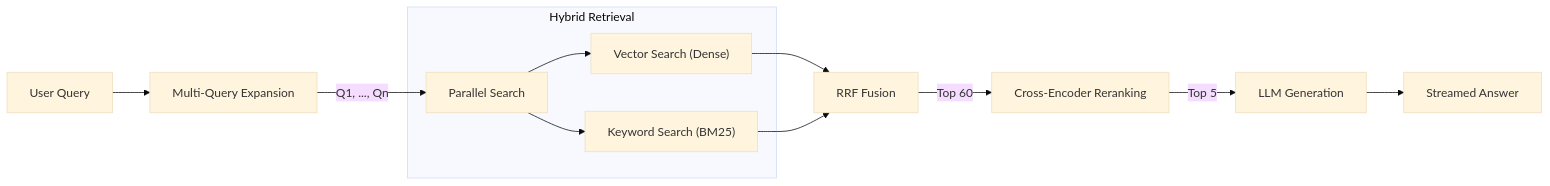
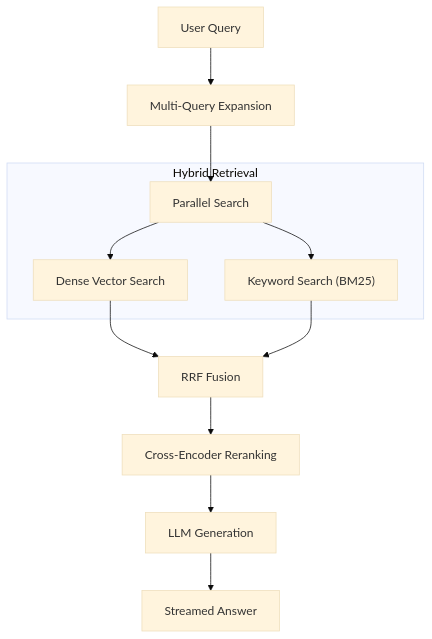
One commit to Khadka-Bishal/DeepRecall changed the fourth of 4 diagrams in README.md. Above: the diagram before and after it, drawn with Mermaid (base theme). The commit also changed other lines of this file, not shown here.

Commit message:
docs: finalize vertical layout for all architecture diagrams

````diff
--- a/README.md
+++ b/README.md
@@ -97,16 +95,17 @@
 ```mermaid
-graph LR
+graph TD
     Q[User Query] --> ME[Multi-Query Expansion]
-    ME -->|Q1, ..., Qn| P[Parallel Search]
+    ME --> P[Parallel Search]
     
-    subgraph "Hybrid Retrieval"
-        P --> V["Vector Search (Dense)"]
-        P --> K["Keyword Search (BM25)"]
+    subgraph Hybrid ["Hybrid Retrieval"]
+        P --> Dense["Dense Vector Search"]
+        P --> BM25["Keyword Search (BM25)"]
     end
     
-    V --> RRF[RRF Fusion]
-    K --> RRF
-    RRF -->|Top 60| CE[Cross-Encoder Reranking]
-    CE -->|Top 5 | LLM[LLM Generation]
+    Dense --> RRF[RRF Fusion]
+    BM25 --> RRF
+    
+    RRF --> CE[Cross-Encoder Reranking]
+    CE --> LLM[LLM Generation]
     LLM --> A[Streamed Answer]
 ```
````
